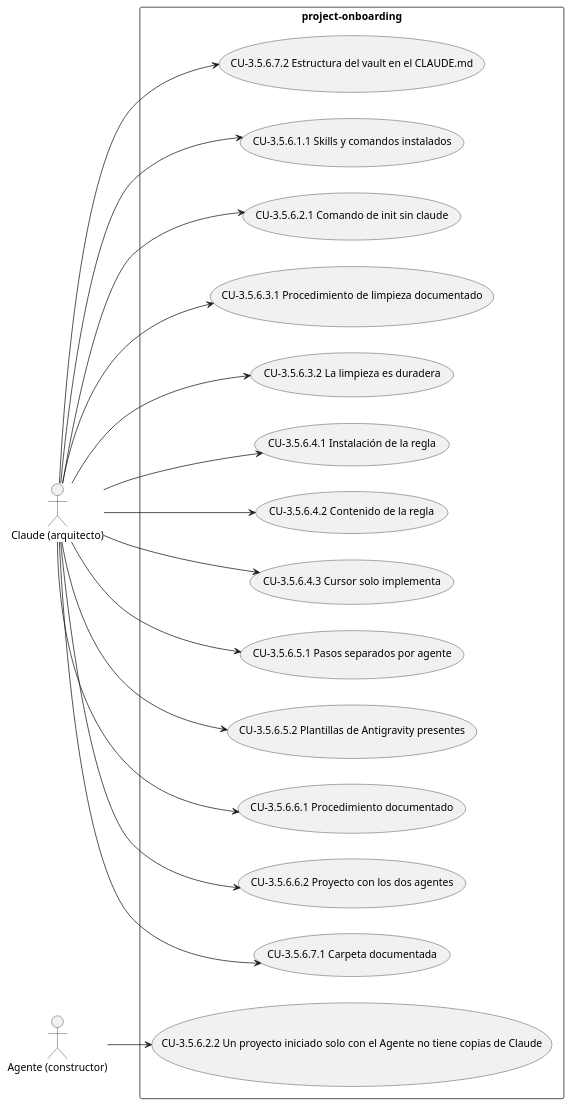
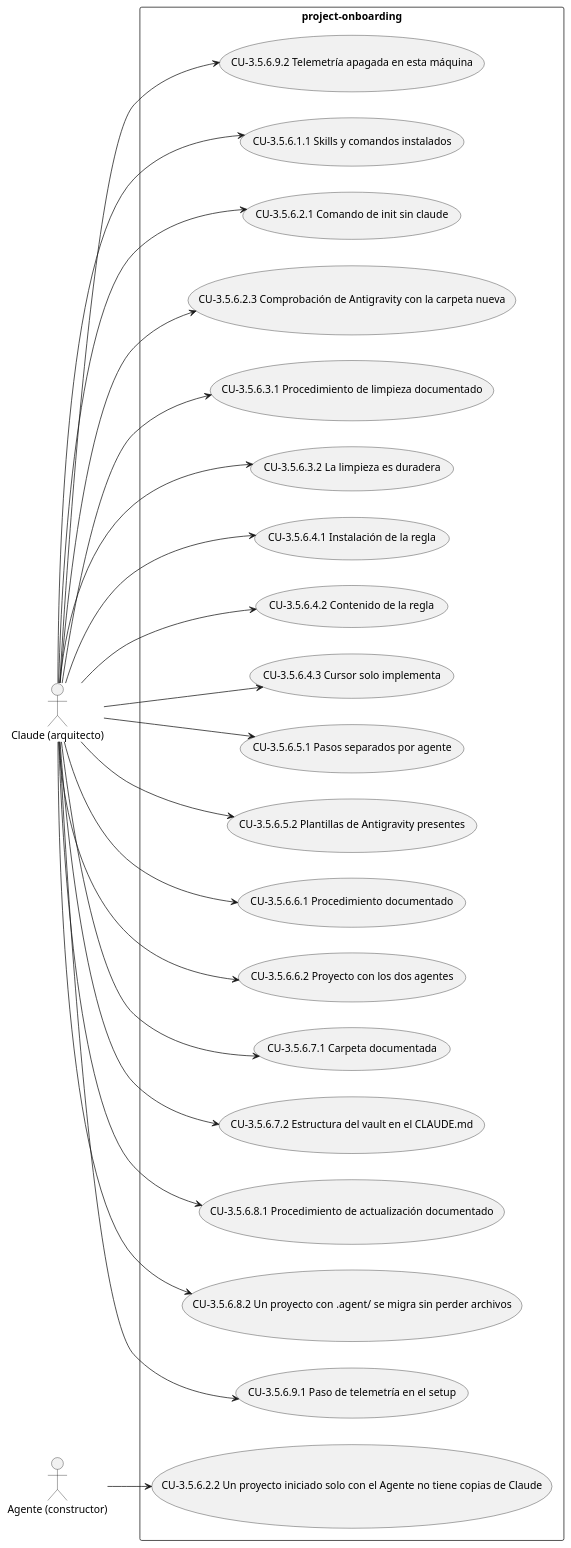
The sixth of 11 diagrams in docs/srs.md (Lautaro-Montecchiani/sdd-global-config), drawn with PlantUML before and after one commit. The commit also changed other lines of this file and 1 other file, not shown here.

````diff
--- a/docs/srs.md
+++ b/docs/srs.md
@@ -602,37 +602,47 @@
 ```plantuml
 @startuml
 left to right direction
 actor "Claude (arquitecto)" as A1
 actor "Agente (constructor)" as A2
 rectangle "project-onboarding" {
   usecase "CU-3.5.6.1.1 Skills y comandos instalados" as UC_3_5_6_1_1
   usecase "CU-3.5.6.2.1 Comando de init sin claude" as UC_3_5_6_2_1
   usecase "CU-3.5.6.2.2 Un proyecto iniciado solo con el Agente no tiene copias de Claude" as UC_3_5_6_2_2
+  usecase "CU-3.5.6.2.3 Comprobación de Antigravity con la carpeta nueva" as UC_3_5_6_2_3
   usecase "CU-3.5.6.3.1 Procedimiento de limpieza documentado" as UC_3_5_6_3_1
   usecase "CU-3.5.6.3.2 La limpieza es duradera" as UC_3_5_6_3_2
   usecase "CU-3.5.6.4.1 Instalación de la regla" as UC_3_5_6_4_1
   usecase "CU-3.5.6.4.2 Contenido de la regla" as UC_3_5_6_4_2
   usecase "CU-3.5.6.4.3 Cursor solo implementa" as UC_3_5_6_4_3
   usecase "CU-3.5.6.5.1 Pasos separados por agente" as UC_3_5_6_5_1
   usecase "CU-3.5.6.5.2 Plantillas de Antigravity presentes" as UC_3_5_6_5_2
   usecase "CU-3.5.6.6.1 Procedimiento documentado" as UC_3_5_6_6_1
   usecase "CU-3.5.6.6.2 Proyecto con los dos agentes" as UC_3_5_6_6_2
   usecase "CU-3.5.6.7.1 Carpeta documentada" as UC_3_5_6_7_1
   usecase "CU-3.5.6.7.2 Estructura del vault en el CLAUDE.md" as UC_3_5_6_7_2
+  usecase "CU-3.5.6.8.1 Procedimiento de actualización documentado" as UC_3_5_6_8_1
+  usecase "CU-3.5.6.8.2 Un proyecto con .agent/ se migra sin perder archivos" as UC_3_5_6_8_2
+  usecase "CU-3.5.6.9.1 Paso de telemetría en el setup" as UC_3_5_6_9_1
+  usecase "CU-3.5.6.9.2 Telemetría apagada en esta máquina" as UC_3_5_6_9_2
 }
 A1 --> UC_3_5_6_1_1
 A1 --> UC_3_5_6_2_1
 A2 --> UC_3_5_6_2_2
+A1 --> UC_3_5_6_2_3
 A1 --> UC_3_5_6_3_1
 A1 --> UC_3_5_6_3_2
 A1 --> UC_3_5_6_4_1
 A1 --> UC_3_5_6_4_2
 A1 --> UC_3_5_6_4_3
 A1 --> UC_3_5_6_5_1
 A1 --> UC_3_5_6_5_2
 A1 --> UC_3_5_6_6_1
 A1 --> UC_3_5_6_6_2
 A1 --> UC_3_5_6_7_1
 A1 --> UC_3_5_6_7_2
+A1 --> UC_3_5_6_8_1
+A1 --> UC_3_5_6_8_2
+A1 --> UC_3_5_6_9_1
+A1 --> UC_3_5_6_9_2
 @enduml
 ```
````
